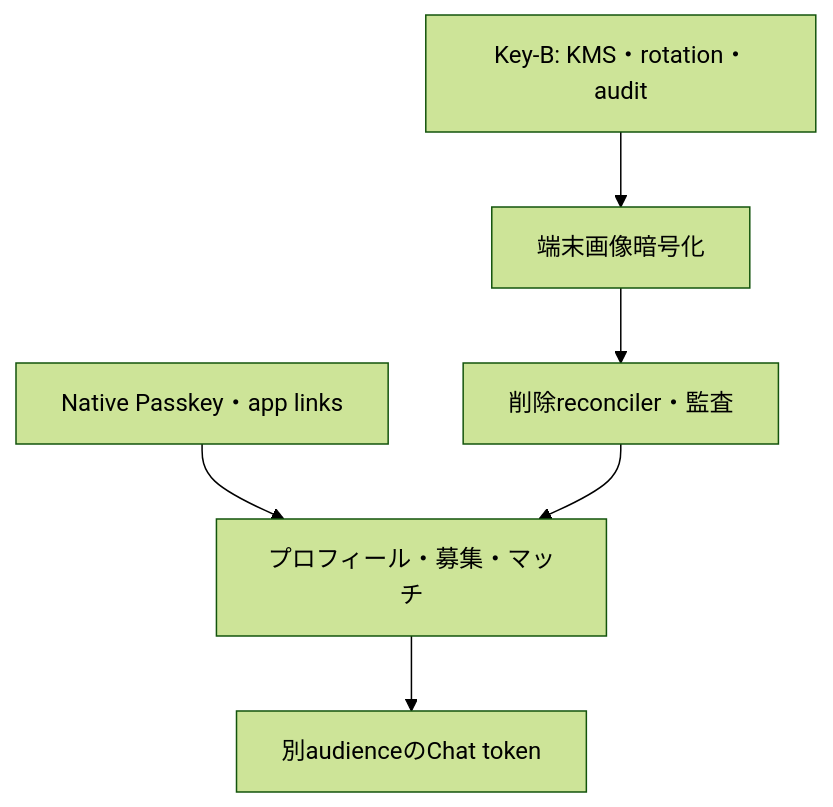
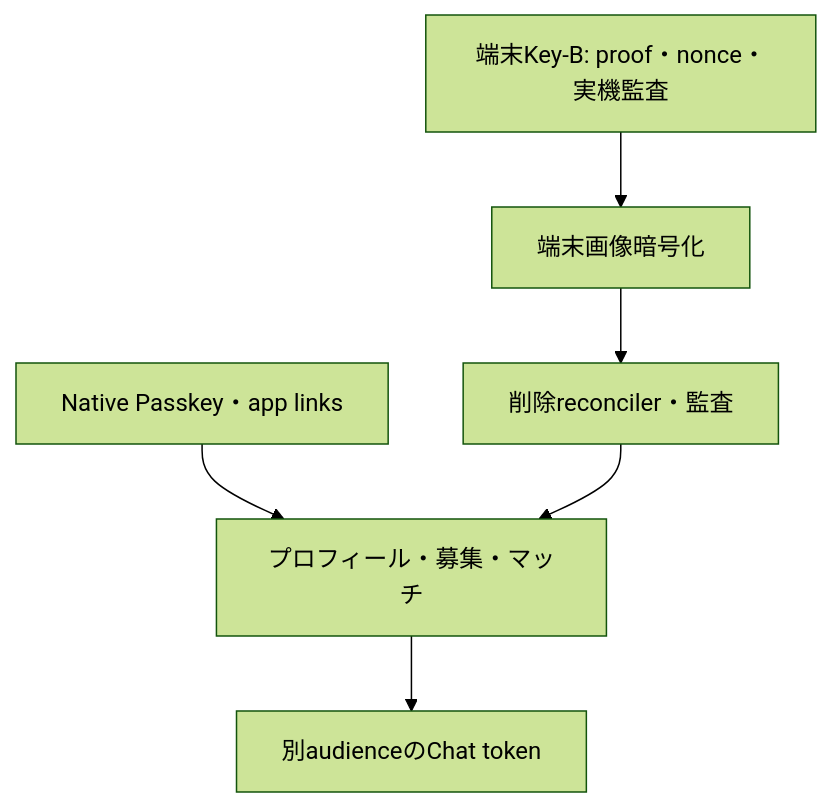
One commit to Tornado2026-team-j/Samurai-meet changed the diagram in docs/ai/plans/backlog.md. Above: the diagram before and after it, drawn with Mermaid (forest theme). The commit also changed other lines of this file and 15 other files, not shown here.

````diff
--- a/docs/ai/plans/backlog.md
+++ b/docs/ai/plans/backlog.md
@@ -3,8 +3,8 @@
 ```mermaid
 flowchart TD
-  KMS[Key-B: KMS・rotation・audit] --> Image[端末画像暗号化]
+  Device[端末Key-B: proof・nonce・実機監査] --> Image[端末画像暗号化]
   Image --> Delete[削除reconciler・監査]
   Native[Native Passkey・app links] --> Business[プロフィール・募集・マッチ]
   Delete --> Business
   Business --> Chat[別audienceのChat token]
 ```
````
